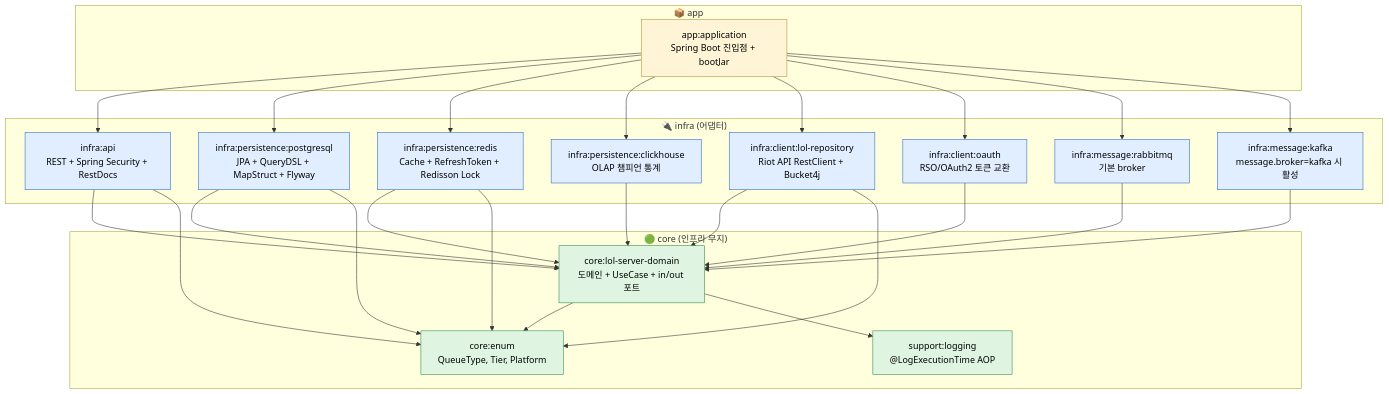
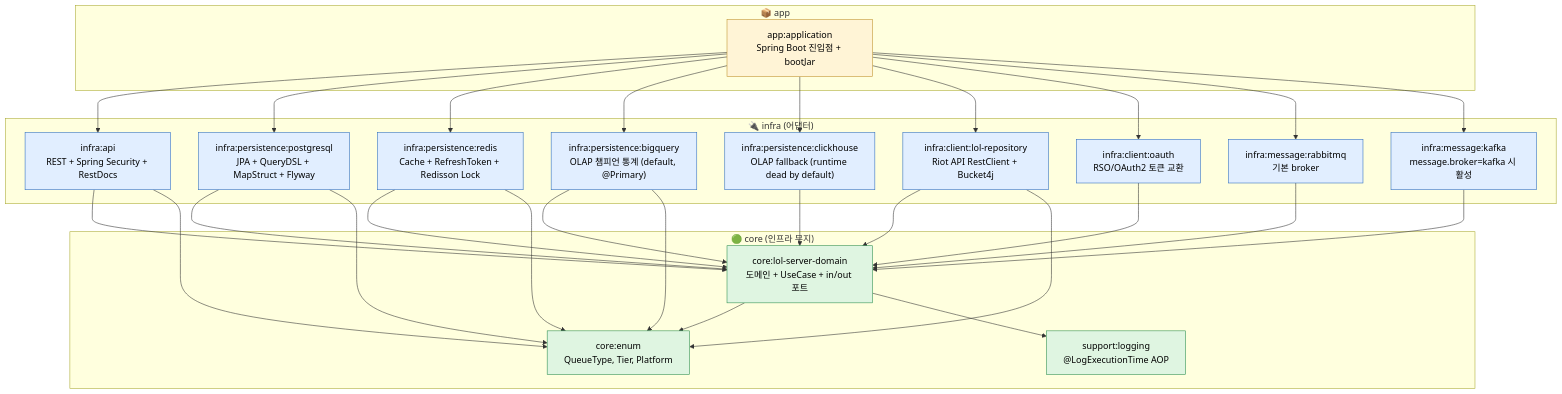
Before and after one commit to padosol/lol-server: the first of 4 diagrams in docs/ARCHITECTURE.md, drawn with Mermaid. The commit also changed other lines of this file and 4 other files, not shown here.

````diff
--- a/docs/ARCHITECTURE.md
+++ b/docs/ARCHITECTURE.md
@@ -13,56 +13,60 @@
 ```mermaid
 flowchart TB
     subgraph app["📦 app"]
       application["app:application<br/>Spring Boot 진입점 + bootJar"]
     end
 
     subgraph core["🟢 core (인프라 무지)"]
       domain["core:lol-server-domain<br/>도메인 + UseCase + in/out 포트"]
       coreEnum["core:enum<br/>QueueType, Tier, Platform"]
       logging["support:logging<br/>@LogExecutionTime AOP"]
     end
 
     subgraph infra["🔌 infra (어댑터)"]
       api["infra:api<br/>REST + Spring Security + RestDocs"]
       pg["infra:persistence:postgresql<br/>JPA + QueryDSL + MapStruct + Flyway"]
       redis["infra:persistence:redis<br/>Cache + RefreshToken + Redisson Lock"]
-      ch["infra:persistence:clickhouse<br/>OLAP 챔피언 통계"]
+      bq["infra:persistence:bigquery<br/>OLAP 챔피언 통계 (default, @Primary)"]
+      ch["infra:persistence:clickhouse<br/>OLAP fallback (runtime dead by default)"]
       lolClient["infra:client:lol-repository<br/>Riot API RestClient + Bucket4j"]
       oauth["infra:client:oauth<br/>RSO/OAuth2 토큰 교환"]
       rabbit["infra:message:rabbitmq<br/>기본 broker"]
       kafka["infra:message:kafka<br/>message.broker=kafka 시 활성"]
     end
 
     application --> api
     application --> pg
     application --> redis
+    application --> bq
     application --> ch
     application --> lolClient
     application --> oauth
     application --> rabbit
     application --> kafka
 
     api --> domain
     pg --> domain
     redis --> domain
+    bq --> domain
     ch --> domain
     lolClient --> domain
     oauth --> domain
     rabbit --> domain
     kafka --> domain
 
     domain --> coreEnum
     domain --> logging
 
     api --> coreEnum
     pg --> coreEnum
     redis --> coreEnum
+    bq --> coreEnum
     lolClient --> coreEnum
 
     classDef coreStyle fill:#dff5e1,stroke:#2d8f4f,color:#000
     classDef infraStyle fill:#e1eeff,stroke:#2d6cbf,color:#000
     classDef appStyle fill:#fff4d6,stroke:#bf922d,color:#000
     class domain,coreEnum,logging coreStyle
-    class api,pg,redis,ch,lolClient,oauth,rabbit,kafka infraStyle
+    class api,pg,redis,bq,ch,lolClient,oauth,rabbit,kafka infraStyle
     class application appStyle
 ```
````
